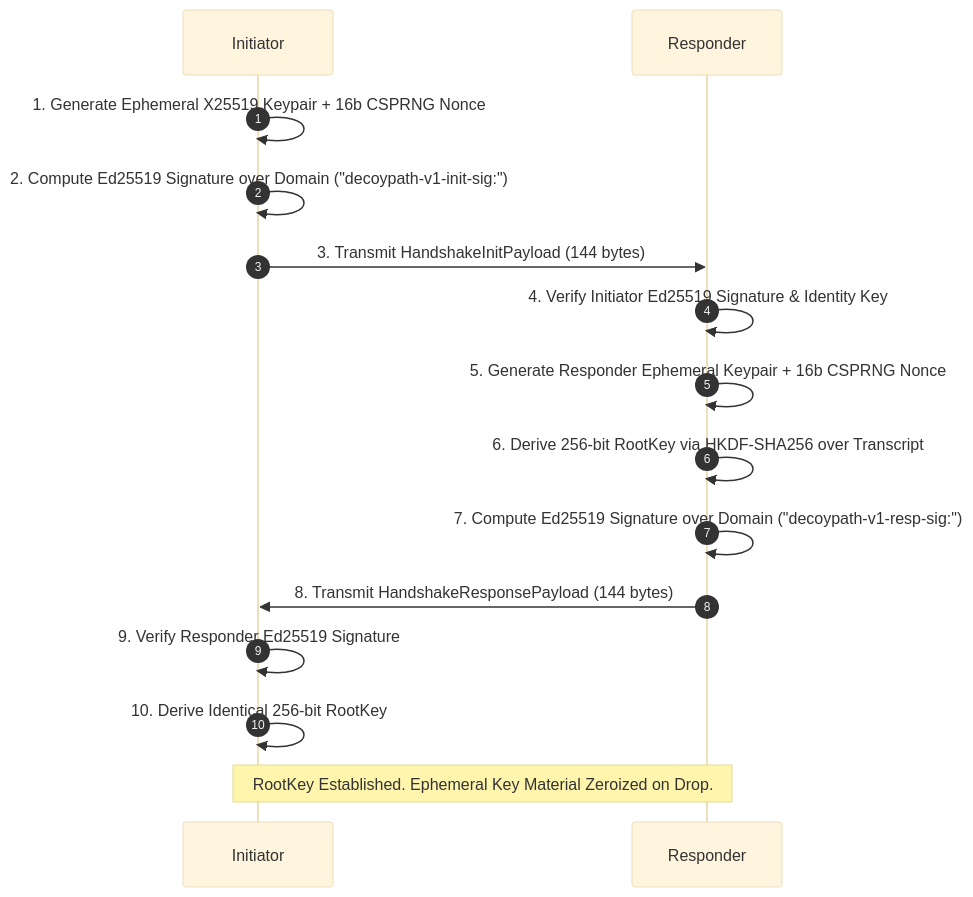
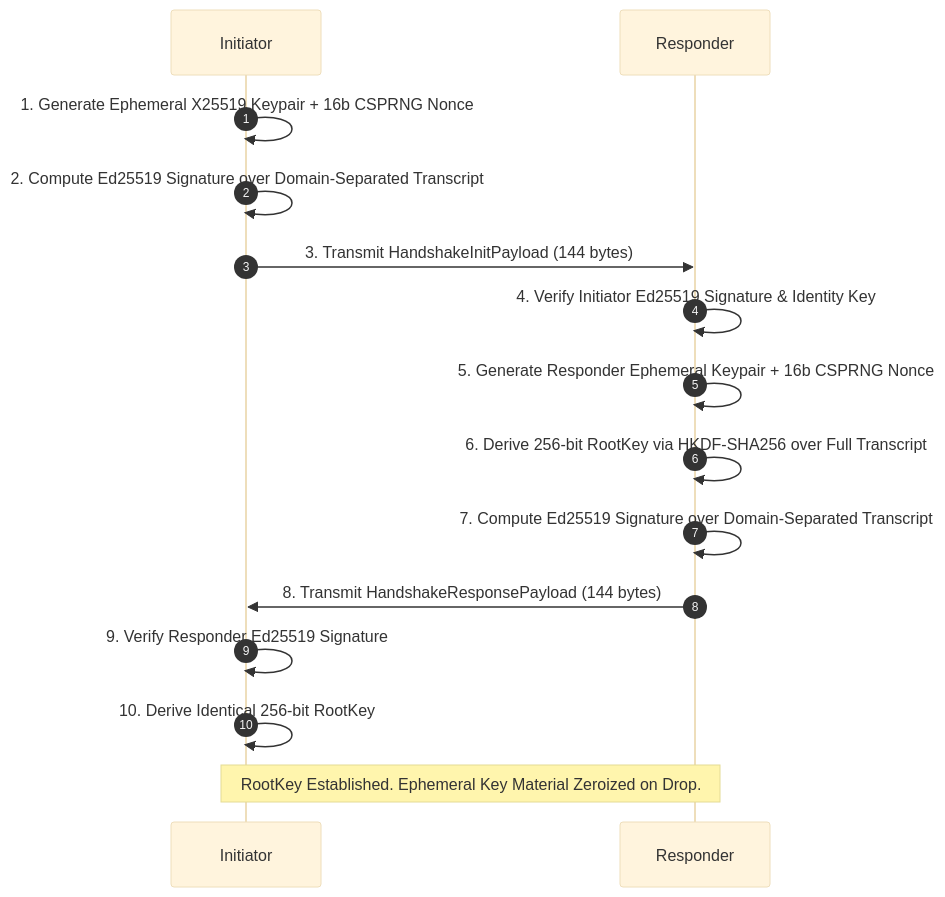
One commit to aimuhammadabuzarqureshi-cloud/NullPath changed the second of 4 diagrams in README.md. Above: the diagram before and after it, drawn with Mermaid (base theme). The commit also changed other lines of this file and 10 other files, not shown here.

````diff
--- a/README.md
+++ b/README.md
@@ -146,21 +145,21 @@
 ```mermaid
 sequenceDiagram
     autonumber
     participant I as Initiator
     participant R as Responder
 
     I->>I: 1. Generate Ephemeral X25519 Keypair + 16b CSPRNG Nonce
-    I->>I: 2. Compute Ed25519 Signature over Domain ("decoypath-v1-init-sig:")
+    I->>I: 2. Compute Ed25519 Signature over Domain-Separated Transcript
     I->>R: 3. Transmit HandshakeInitPayload (144 bytes)
 
     R->>R: 4. Verify Initiator Ed25519 Signature & Identity Key
     R->>R: 5. Generate Responder Ephemeral Keypair + 16b CSPRNG Nonce
-    R->>R: 6. Derive 256-bit RootKey via HKDF-SHA256 over Transcript
-    R->>R: 7. Compute Ed25519 Signature over Domain ("decoypath-v1-resp-sig:")
+    R->>R: 6. Derive 256-bit RootKey via HKDF-SHA256 over Full Transcript
+    R->>R: 7. Compute Ed25519 Signature over Domain-Separated Transcript
     R->>I: 8. Transmit HandshakeResponsePayload (144 bytes)
 
     I->>I: 9. Verify Responder Ed25519 Signature
     I->>I: 10. Derive Identical 256-bit RootKey
 
     Note over I,R: RootKey Established. Ephemeral Key Material Zeroized on Drop.
 ```
````
